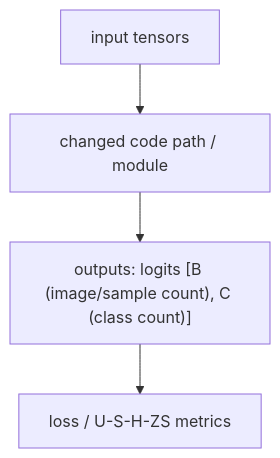
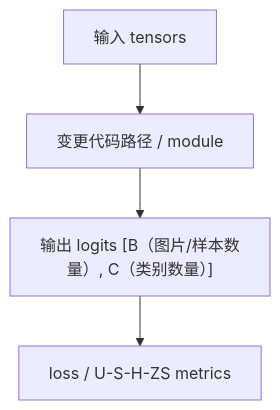
Before and after one commit to GetlotMoney/GTPJ: the second of 2 diagrams in experiments/templates/TRIAL_README_template.md, drawn with Mermaid. The commit also changed other lines of this file and 245 other files, not shown here.

````diff
--- a/experiments/templates/TRIAL_README_template.md
+++ b/experiments/templates/TRIAL_README_template.md
@@ -132,6 +135,6 @@
 ```mermaid
 flowchart TD
-  Input["input tensors"] --> Changed["changed code path / module"]
-  Changed --> Output["outputs: logits [B (image/sample count), C (class count)]"]
+  Input["输入 tensors"] --> Changed["变更代码路径 / module"]
+  Changed --> Output["输出 logits [B（图片/样本数量）, C（类别数量）]"]
   Output --> Metric["loss / U-S-H-ZS metrics"]
 ```
````
